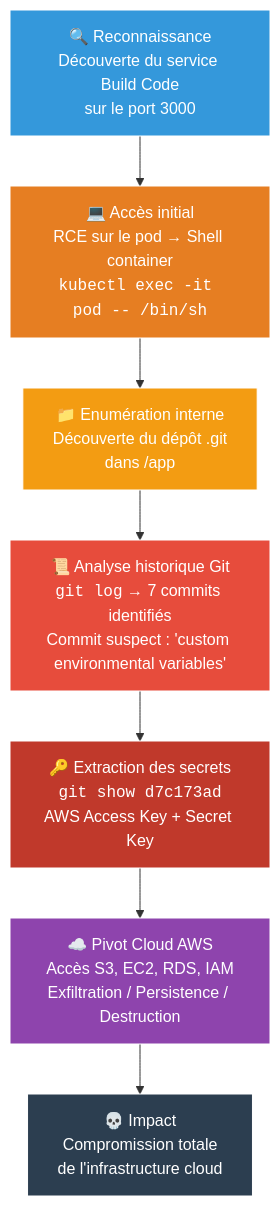
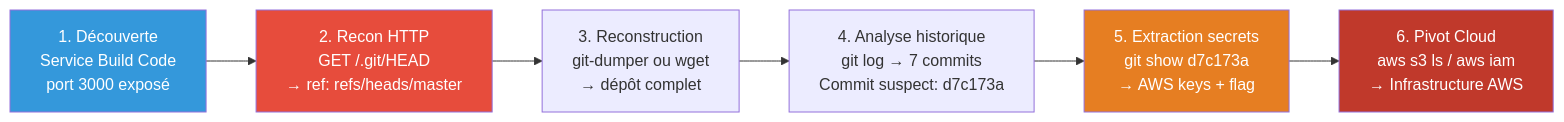
One commit to hikenroot/hikenroot-forge changed the second of 4 diagrams in docs/labs/cloud-lab/SC-CLD-001-sensitive-keys-in-codebases.md. Above: the diagram before and after it, drawn with Mermaid. The commit also changed other lines of this file and 1 other file, not shown here.

Commit message:
docs: SC-CLD-001 rewrite external recon, SC-CLD-004 add Phase 0 post-exploitation context

````diff
--- a/docs/labs/cloud-lab/SC-CLD-001-sensitive-keys-in-codebases.md
+++ b/docs/labs/cloud-lab/SC-CLD-001-sensitive-keys-in-codebases.md
@@ -30,17 +77,13 @@
 ```mermaid
-graph TD
-    A["🔍 Reconnaissance<br/>Découverte du service Build Code<br/>sur le port 3000"] --> B["💻 Accès initial<br/>RCE sur le pod → Shell container<br/><code>kubectl exec -it pod -- /bin/sh</code>"]
-    B --> C["📁 Enumération interne<br/>Découverte du dépôt .git<br/>dans /app"]
-    C --> D["📜 Analyse historique Git<br/><code>git log</code> → 7 commits identifiés<br/>Commit suspect : 'custom environmental variables'"]
-    D --> E["🔑 Extraction des secrets<br/><code>git show d7c173ad</code><br/>AWS Access Key + Secret Key"]
-    E --> F["☁️ Pivot Cloud AWS<br/>Accès S3, EC2, RDS, IAM<br/>Exfiltration / Persistence / Destruction"]
-    F --> G["💀 Impact<br/>Compromission totale<br/>de l'infrastructure cloud"]
+graph LR
+    A["1. Découverte<br/>Service Build Code<br/>port 3000 exposé"] --> B["2. Recon HTTP<br/>GET /.git/HEAD<br/>→ ref: refs/heads/master"]
+    B --> C["3. Reconstruction<br/>git-dumper ou wget<br/>→ dépôt complet"]
+    C --> D["4. Analyse historique<br/>git log → 7 commits<br/>Commit suspect: d7c173a"]
+    D --> E["5. Extraction secrets<br/>git show d7c173a<br/>→ AWS keys + flag"]
+    E --> F["6. Pivot Cloud<br/>aws s3 ls / aws iam<br/>→ Infrastructure AWS"]
 
-    style A fill:#3498db,stroke:#fff,color:#fff
-    style B fill:#e67e22,stroke:#fff,color:#fff
-    style C fill:#f39c12,stroke:#fff,color:#fff
-    style D fill:#e74c3c,stroke:#fff,color:#fff
-    style E fill:#c0392b,stroke:#fff,color:#fff
-    style F fill:#8e44ad,stroke:#fff,color:#fff
-    style G fill:#2c3e50,stroke:#fff,color:#fff
+    style A fill:#3498db,color:#fff
+    style B fill:#e74c3c,color:#fff
+    style E fill:#e67e22,color:#fff
+    style F fill:#c0392b,color:#fff
 ```
````
